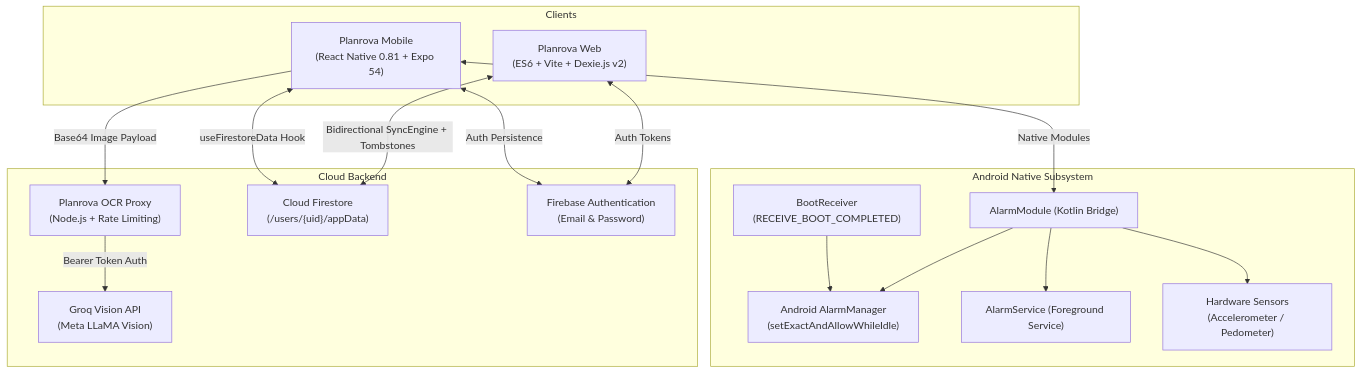
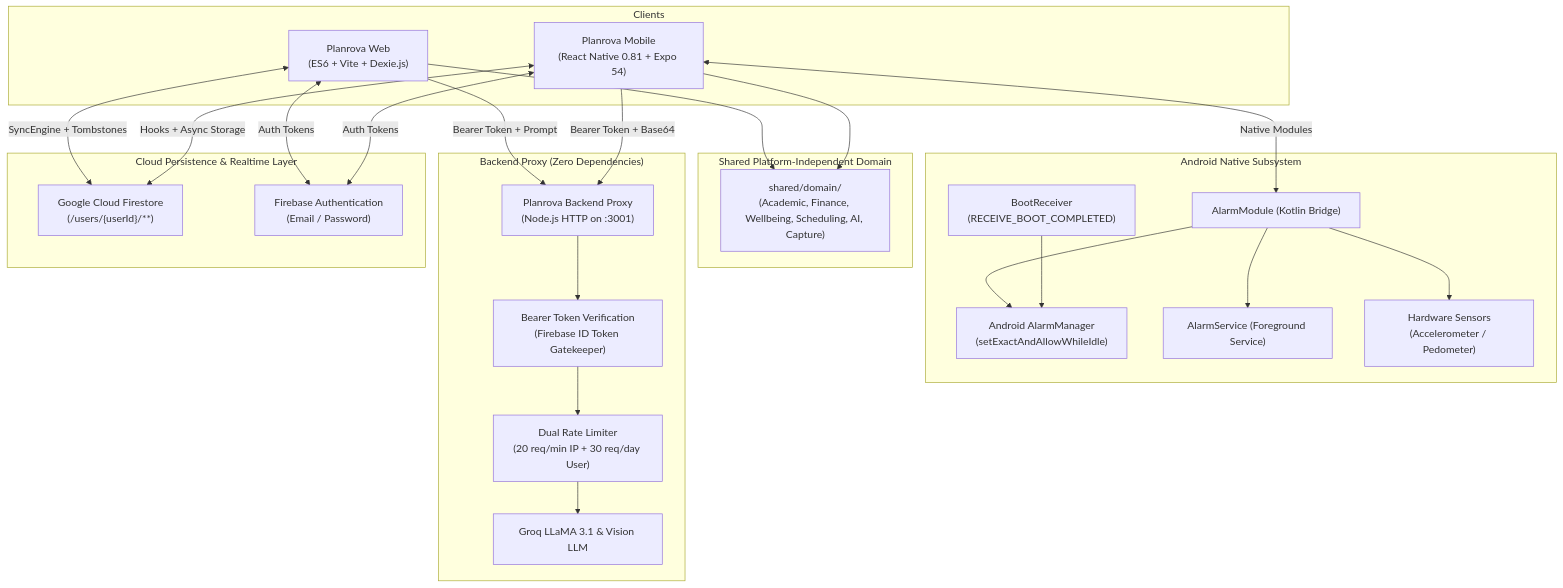
The diagram in docs/ARCHITECTURE.md (tanmay-devx/planrova), drawn with Mermaid before and after one commit. The commit also changed other lines of this file and 71 other files, not shown here.

````diff
--- a/docs/ARCHITECTURE.md
+++ b/docs/ARCHITECTURE.md
@@ -11,34 +13,48 @@
 ```mermaid
 graph TD
     subgraph "Clients"
-        Web["Planrova Web<br/>(ES6 + Vite + Dexie.js v2)"]
+        Web["Planrova Web<br/>(ES6 + Vite + Dexie.js)"]
         Mobile["Planrova Mobile<br/>(React Native 0.81 + Expo 54)"]
+    end
+
+    subgraph "Shared Platform-Independent Domain"
+        Domain["shared/domain/<br/>(Academic, Finance, Wellbeing, Scheduling, AI, Capture)"]
     end
 
     subgraph "Android Native Subsystem"
         KotlinBridge["AlarmModule (Kotlin Bridge)"]
         AlarmMgr["Android AlarmManager<br/>(setExactAndAllowWhileIdle)"]
         ForeService["AlarmService (Foreground Service)"]
         Sensors["Hardware Sensors<br/>(Accelerometer / Pedometer)"]
         BootReceiver["BootReceiver<br/>(RECEIVE_BOOT_COMPLETED)"]
     end
 
-    subgraph "Cloud Backend"
-        Proxy["Planrova OCR Proxy<br/>(Node.js + Rate Limiting)"]
-        Groq["Groq Vision API<br/>(Meta LLaMA Vision)"]
-        Firestore["Cloud Firestore<br/>(/users/{uid}/appData)"]
-        FirebaseAuth["Firebase Authentication<br/>(Email & Password)"]
+    subgraph "Backend Proxy (Zero Dependencies)"
+        Proxy["Planrova Backend Proxy<br/>(Node.js HTTP on :3001)"]
+        AuthGate["Bearer Token Verification<br/>(Firebase ID Token Gatekeeper)"]
+        RateLimit["Dual Rate Limiter<br/>(20 req/min IP + 30 req/day User)"]
+        Upstream["Groq LLaMA 3.1 & Vision LLM"]
     end
 
-    Web <-->|Bidirectional SyncEngine + Tombstones| Firestore
+    subgraph "Cloud Persistence & Realtime Layer"
+        Firestore["Google Cloud Firestore<br/>(/users/{userId}/**)"]
+        FirebaseAuth["Firebase Authentication<br/>(Email / Password)"]
+    end
+
+    Web --> Domain
+    Mobile --> Domain
+    Web <-->|SyncEngine + Tombstones| Firestore
     Web <-->|Auth Tokens| FirebaseAuth
-    Mobile <-->|useFirestoreData Hook| Firestore
-    Mobile <-->|Auth Persistence| FirebaseAuth
+    Mobile <-->|Hooks + Async Storage| Firestore
+    Mobile <-->|Auth Tokens| FirebaseAuth
     Mobile <-->|Native Modules| KotlinBridge
     KotlinBridge --> AlarmMgr
     KotlinBridge --> ForeService
     KotlinBridge --> Sensors
     BootReceiver --> AlarmMgr
-    Mobile -->|Base64 Image Payload| Proxy
-    Proxy -->|Bearer Token Auth| Groq
+    Web -->|Bearer Token + Prompt| Proxy
+    Mobile -->|Bearer Token + Base64| Proxy
+    Proxy --> AuthGate
+    AuthGate --> RateLimit
+    RateLimit --> Upstream
 ```
````
